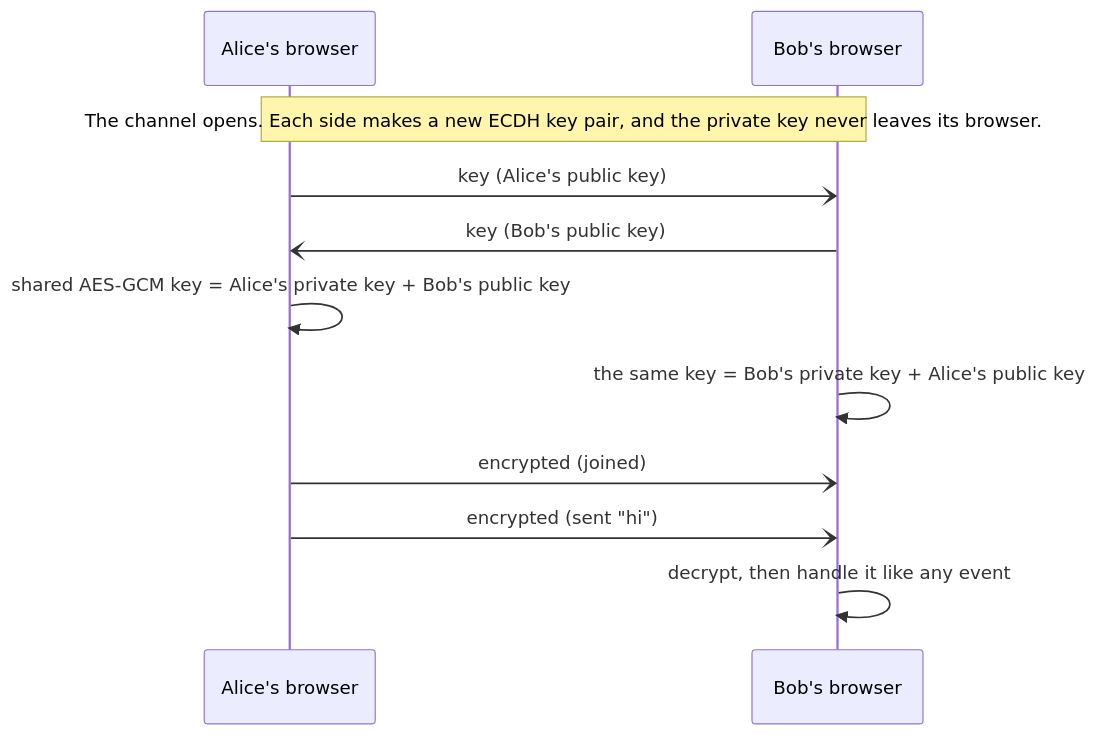
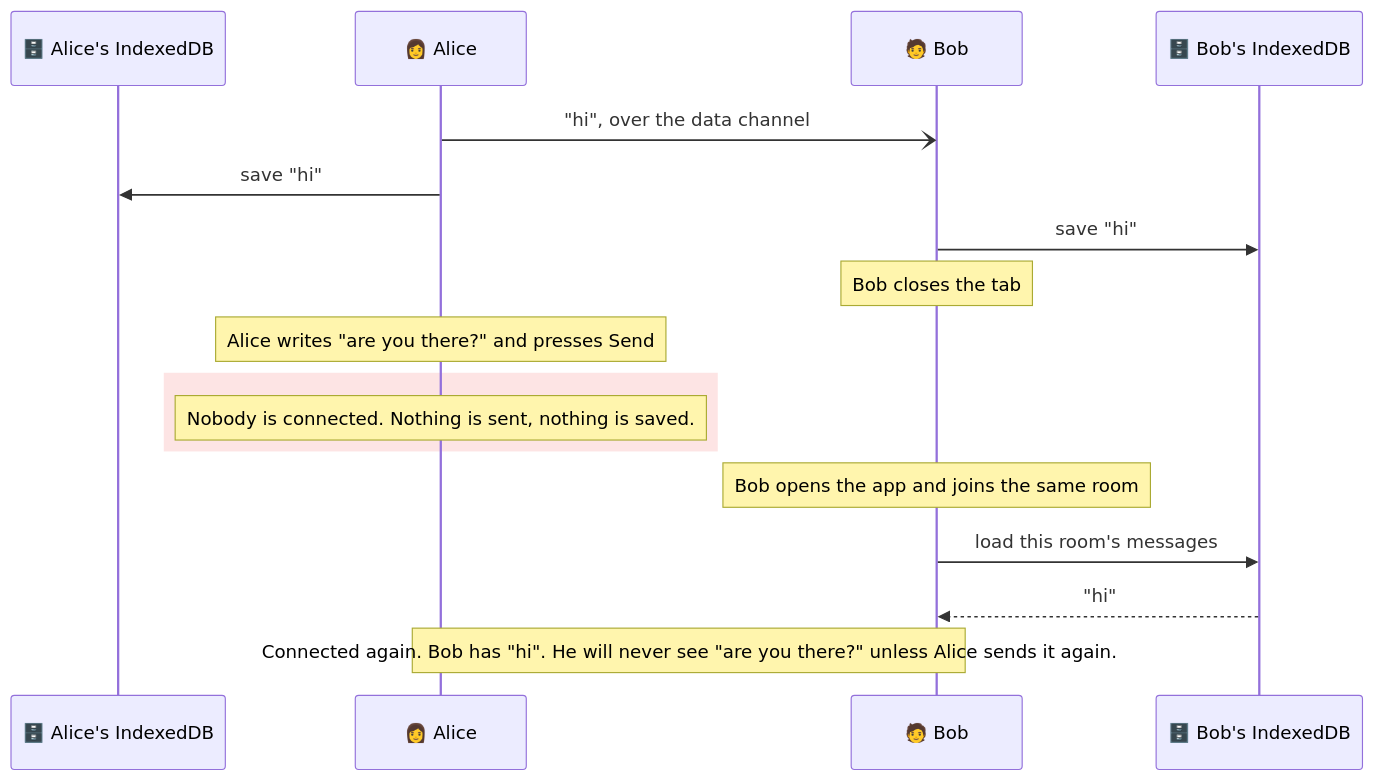
One commit to LitHaxor/webRTC-mesh-chat changed diagram 16 of 24 in README.md. Above: the diagram before and after it, drawn with Mermaid. The commit also changed other lines of this file and 14 other files, not shown here.

Commit message:
Rewrite the README with charts, screenshots and recordings

````diff
--- a/README.md
+++ b/README.md
@@ -339,14 +748,20 @@
 ```mermaid
 sequenceDiagram
-  participant A as Alice's browser
-  participant B as Bob's browser
+  participant DA as 🗄️ Alice's IndexedDB
+  participant A as 👩 Alice
+  participant B as 🧑 Bob
+  participant DB as 🗄️ Bob's IndexedDB
 
-  Note over A,B: The channel opens. Each side makes a new ECDH key pair, and the private key never leaves its browser.
-  A-)B: key (Alice's public key)
-  B-)A: key (Bob's public key)
-  A->>A: shared AES-GCM key = Alice's private key + Bob's public key
-  B->>B: the same key = Bob's private key + Alice's public key
-  A-)B: encrypted (joined)
-  A-)B: encrypted (sent "hi")
-  B->>B: decrypt, then handle it like any event
+  A-)B: "hi", over the data channel
+  A->>DA: save "hi"
+  B->>DB: save "hi"
+  Note over B: Bob closes the tab
+  Note over A: Alice writes "are you there?" and presses Send
+  rect rgba(239, 68, 68, 0.14)
+    Note over A: Nobody is connected. Nothing is sent, nothing is saved.
+  end
+  Note over B: Bob opens the app and joins the same room
+  B->>DB: load this room's messages
+  DB-->>B: "hi"
+  Note over A,B: Connected again. Bob has "hi". He will never see "are you there?" unless Alice sends it again.
 ```
````
